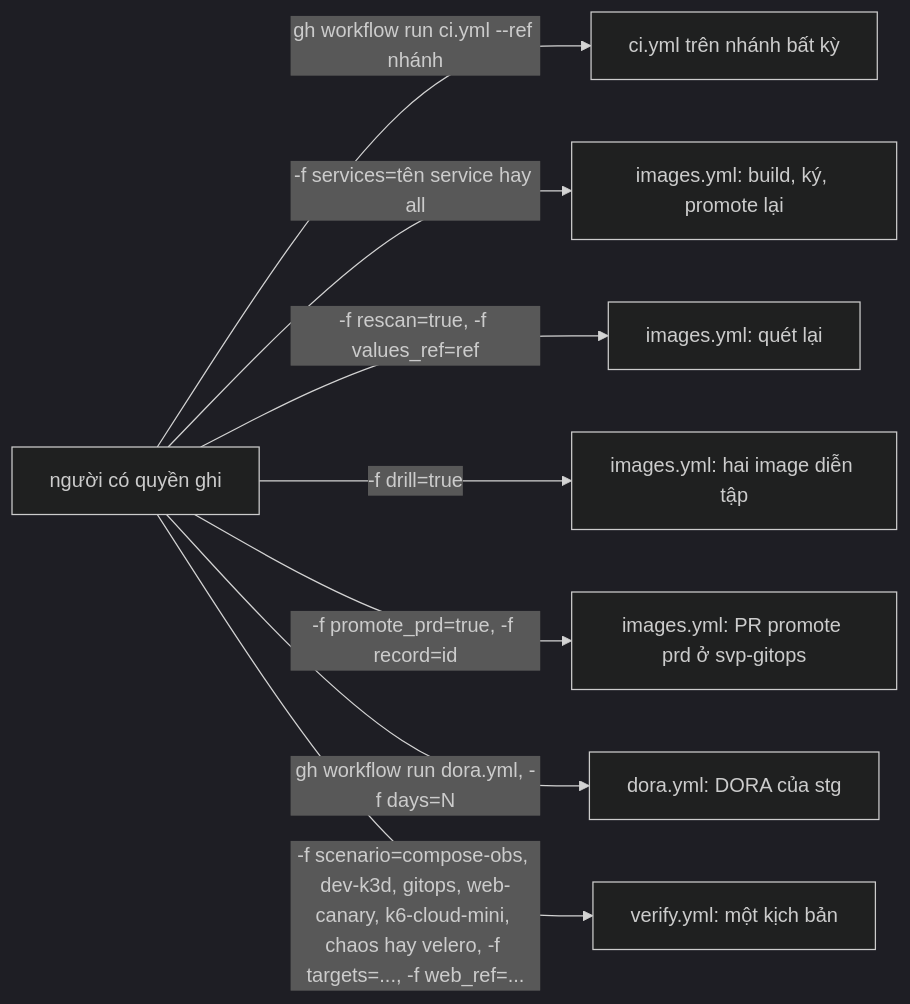
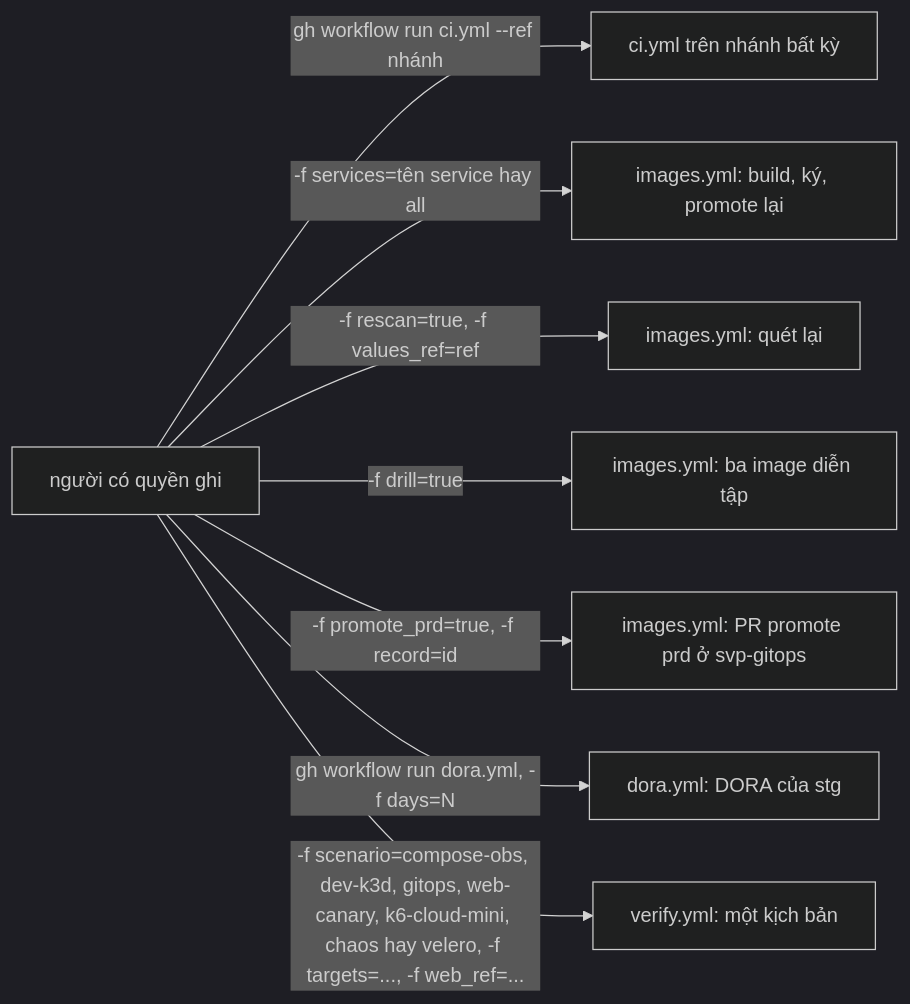
The fourth of 5 diagrams in docs/ci-cd.md (anhnvcoder/short-video-platform), drawn with Mermaid (dark theme) before and after one commit. The commit also changed other lines of this file and 207 other files, not shown here.

````diff
--- a/docs/ci-cd.md
+++ b/docs/ci-cd.md
@@ -119,11 +121,11 @@
 ```mermaid
 flowchart LR
     who["người có quyền ghi"]
     who -->|"gh workflow run ci.yml --ref nhánh"| ci["ci.yml trên nhánh bất kỳ"]
     who -->|"-f services=tên service hay all"| b["images.yml: build, ký, promote lại"]
     who -->|"-f rescan=true, -f values_ref=ref"| r["images.yml: quét lại"]
-    who -->|"-f drill=true"| d["images.yml: hai image diễn tập"]
+    who -->|"-f drill=true"| d["images.yml: ba image diễn tập"]
     who -->|"-f promote_prd=true, -f record=id"| p["images.yml: PR promote prd ở svp-gitops"]
     who -->|"gh workflow run dora.yml, -f days=N"| m["dora.yml: DORA của stg"]
     who -->|"-f scenario=compose-obs, dev-k3d, gitops, web-canary, k6-cloud-mini, chaos hay velero, -f targets=..., -f web_ref=..."| v["verify.yml: một kịch bản"]
 ```
````
